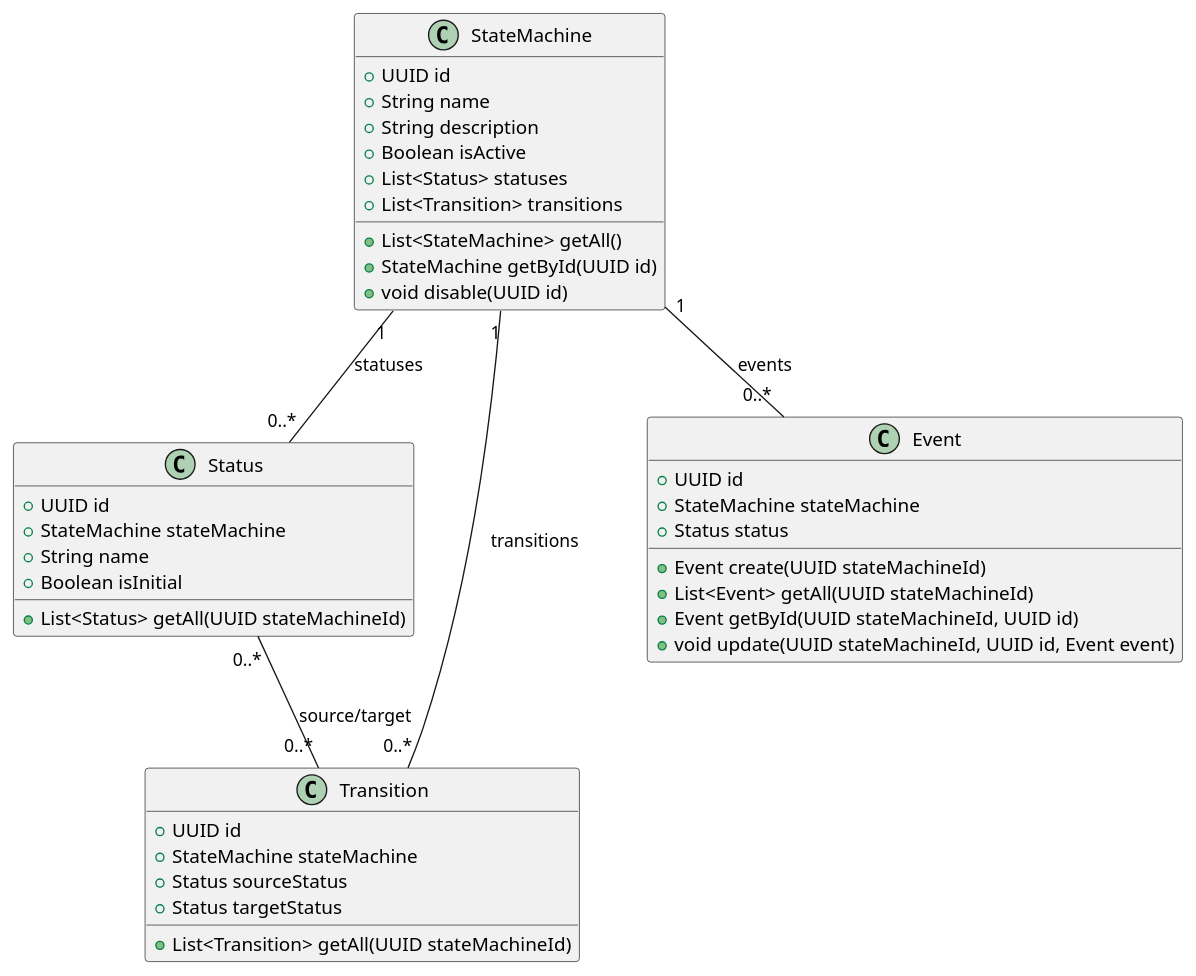
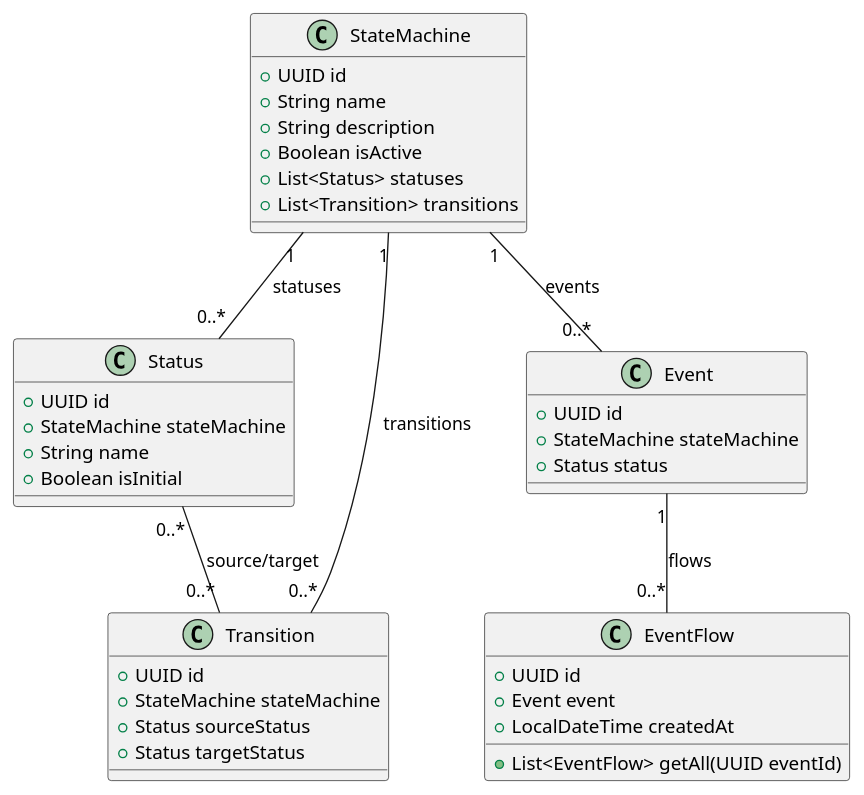
The diagram in src/main/resources/docs/class-diagram.plantuml (rafael-rodrigues-dsv/statemachineapi), drawn with PlantUML before and after one commit. The commit also changed 48 other files, not shown here.

```diff
--- a/src/main/resources/docs/class-diagram.plantuml
+++ b/src/main/resources/docs/class-diagram.plantuml
@@ -1,50 +1,49 @@
 @startuml
   ' State Machine
   class StateMachine {
     +UUID id
     +String name
     +String description
     +Boolean isActive
     +List<Status> statuses
     +List<Transition> transitions
-    +List<StateMachine> getAll()
-    +StateMachine getById(UUID id)
-    +void disable(UUID id)
   }
 
   ' Status
   class Status {
     +UUID id
     +StateMachine stateMachine
     +String name
     +Boolean isInitial
-    +List<Status> getAll(UUID stateMachineId)
   }
 
   ' Transition
   class Transition {
     +UUID id
     +StateMachine stateMachine
     +Status sourceStatus
     +Status targetStatus
-    +List<Transition> getAll(UUID stateMachineId)
   }
 
   ' Event
   class Event {
     +UUID id
     +StateMachine stateMachine
     +Status status
-    +Event create(UUID stateMachineId)
-    +List<Event> getAll(UUID stateMachineId)
-    +Event getById(UUID stateMachineId, UUID id)
-    +void update(UUID stateMachineId, UUID id, Event event)
+  }
+
+  ' StateFlow
+  class EventFlow {
+    +UUID id
+    +Event event
+    +LocalDateTime createdAt
+    +List<EventFlow> getAll(UUID eventId)
   }
 
 ' Relações
 StateMachine "1" -- "0..*" Status : statuses
 StateMachine "1" -- "0..*" Transition : transitions
 Status "0..*" -- "0..*" Transition : source/target
 StateMachine "1" -- "0..*" Event : events
-
+Event "1" -- "0..*" EventFlow : flows
 @enduml
```
